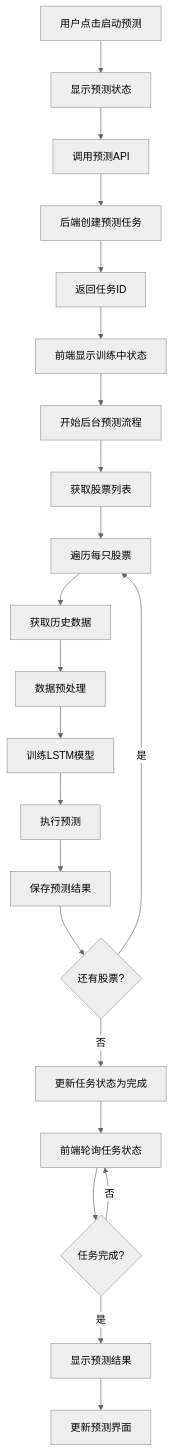
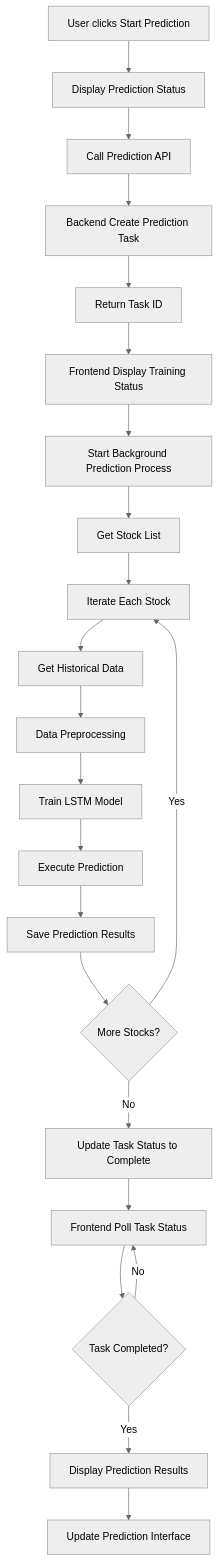
Before and after one commit to CDKStudy/Portfolio_Manager: the seventh of 20 diagrams in FLOWCHARTS.md, drawn with Mermaid (neutral theme). The commit also changed other lines of this file, not shown here.

Commit message:
update flowchart

````diff
--- a/FLOWCHARTS.md
+++ b/FLOWCHARTS.md
@@ -186,24 +186,24 @@
 ```mermaid
 flowchart TD
-    A[用户点击启动预测] --> B[显示预测状态]
-    B --> C[调用预测API]
-    C --> D[后端创建预测任务]
-    D --> E[返回任务ID]
-    E --> F[前端显示训练中状态]
-    F --> G[开始后台预测流程]
-    G --> H[获取股票列表]
-    H --> I[遍历每只股票]
-    I --> J[获取历史数据]
-    J --> K[数据预处理]
-    K --> L[训练LSTM模型]
-    L --> M[执行预测]
-    M --> N[保存预测结果]
-    N --> O{还有股票?}
-    O -->|是| I
-    O -->|否| P[更新任务状态为完成]
-    P --> Q[前端轮询任务状态]
-    Q --> R{任务完成?}
-    R -->|否| Q
-    R -->|是| S[显示预测结果]
-    S --> T[更新预测界面]
+    A[User clicks Start Prediction] --> B[Display Prediction Status]
+    B --> C[Call Prediction API]
+    C --> D[Backend Create Prediction Task]
+    D --> E[Return Task ID]
+    E --> F[Frontend Display Training Status]
+    F --> G[Start Background Prediction Process]
+    G --> H[Get Stock List]
+    H --> I[Iterate Each Stock]
+    I --> J[Get Historical Data]
+    J --> K[Data Preprocessing]
+    K --> L[Train LSTM Model]
+    L --> M[Execute Prediction]
+    M --> N[Save Prediction Results]
+    N --> O{More Stocks?}
+    O -->|Yes| I
+    O -->|No| P[Update Task Status to Complete]
+    P --> Q[Frontend Poll Task Status]
+    Q --> R{Task Completed?}
+    R -->|No| Q
+    R -->|Yes| S[Display Prediction Results]
+    S --> T[Update Prediction Interface]
 ```
````
